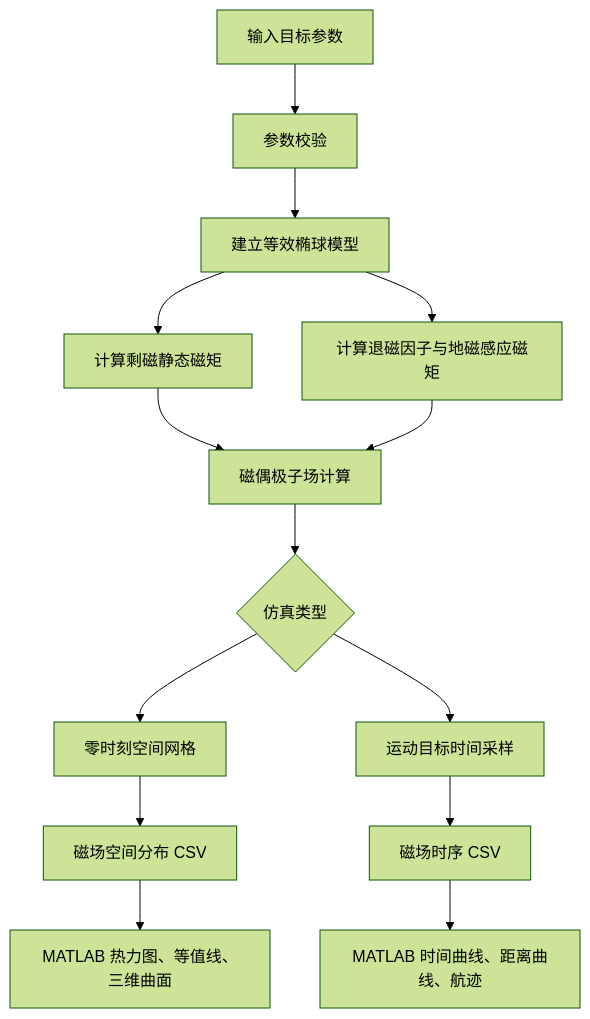
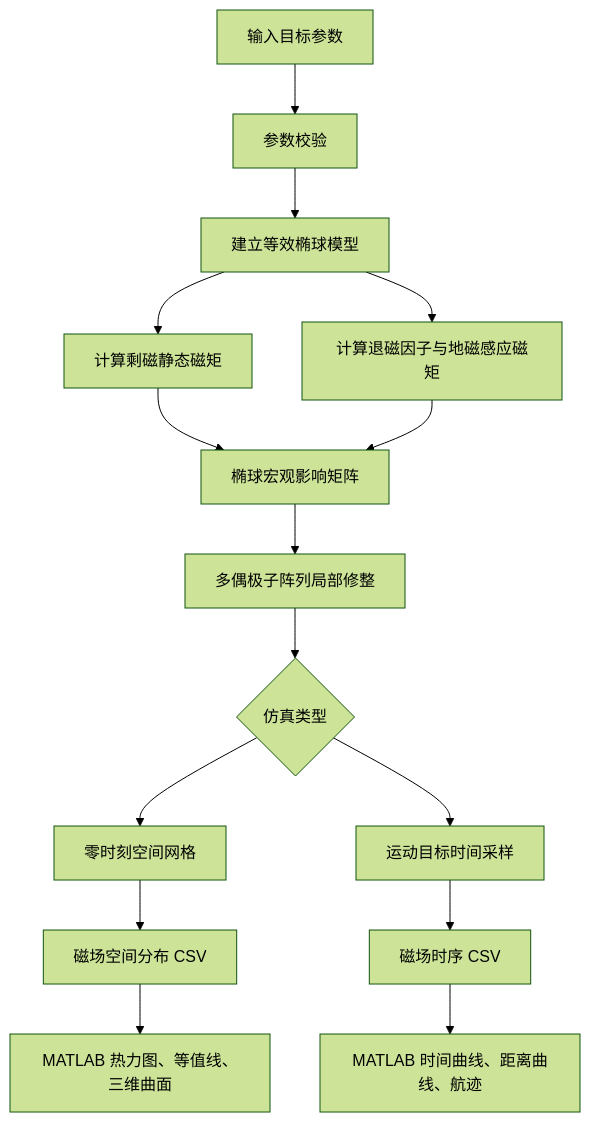
The diagram in docs/MagneticFieldFrontendAPI.md (ballballuuuu-a11y/seamine), drawn with Mermaid (forest theme) before and after one commit. The commit also changed other lines of this file and 25 other files, not shown here.

````diff
--- a/docs/MagneticFieldFrontendAPI.md
+++ b/docs/MagneticFieldFrontendAPI.md
@@ -9,16 +9,17 @@
 ```mermaid
 flowchart TD
     A["输入目标参数"] --> B["参数校验"]
     B --> C["建立等效椭球模型"]
     C --> D["计算剩磁静态磁矩"]
     C --> E["计算退磁因子与地磁感应磁矩"]
-    D --> F["磁偶极子场计算"]
+    D --> F["椭球宏观影响矩阵"]
     E --> F
-    F --> G{"仿真类型"}
+    F --> N["多偶极子阵列局部修整"]
+    N --> G{"仿真类型"}
     G --> H["零时刻空间网格"]
     G --> I["运动目标时间采样"]
     H --> J["磁场空间分布 CSV"]
     I --> K["磁场时序 CSV"]
     J --> L["MATLAB 热力图、等值线、三维曲面"]
     K --> M["MATLAB 时间曲线、距离曲线、航迹"]
 ```
````
